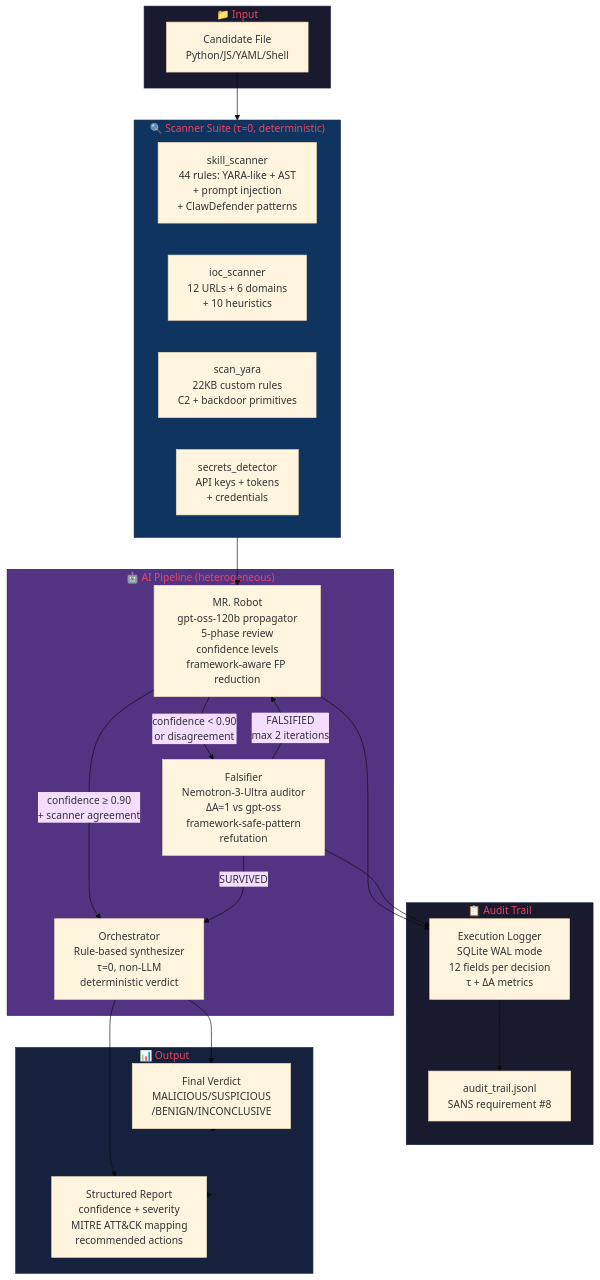
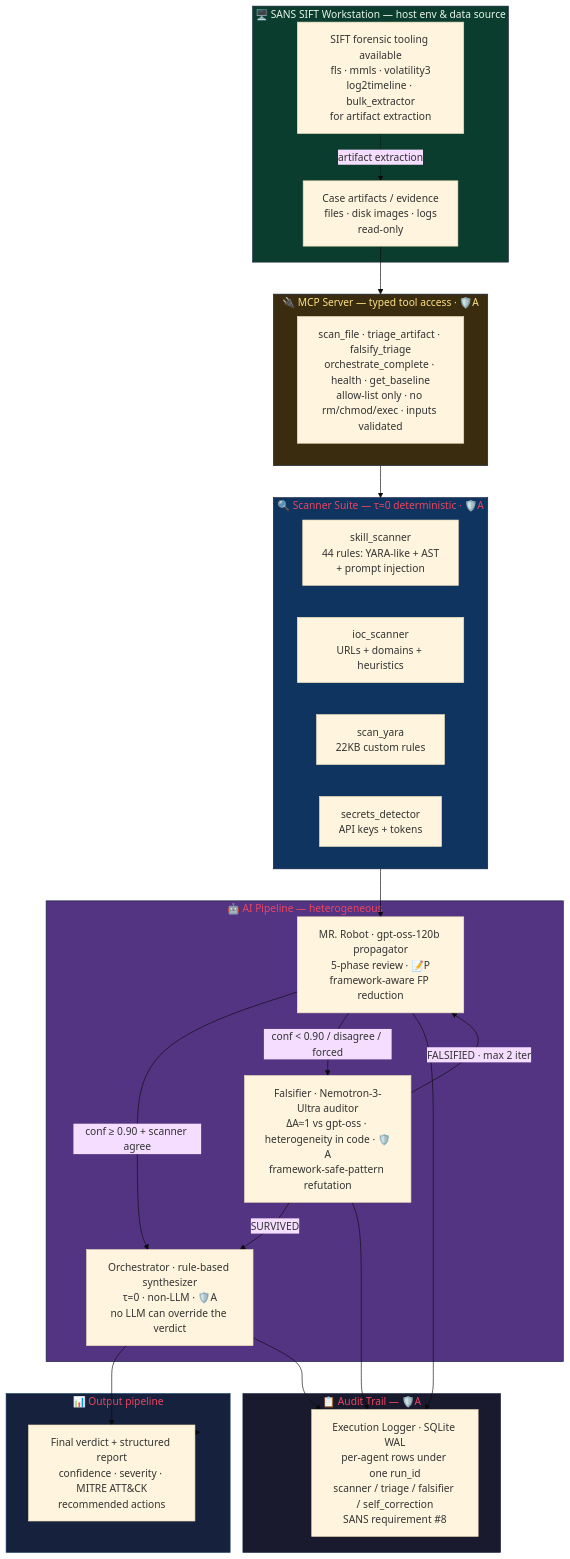
Before and after one commit to Grizaceo/mr-robot-adversarial: the diagram in docs/architecture.md, drawn with Mermaid (base theme). The commit also changed other lines of this file and 1 other file, not shown here.

Commit message:
docs(req3): complete architecture diagram per SANS submission requirements
- Add MCP server as a first-class node (typed tool access, allow-list)
- Add SANS SIFT Workstation as host env + data source (case artifacts,
  forensic tooling fls/mmls/volatility3/log2timeline/bulk_extractor)
- Label the architectural pattern in the diagram itself:
  Direct Agent Extension + Custom MCP Server (hybrid)
- Distinguish prompt-based (📝P) vs architectural (🛡️A) guardrails visually
  + an at-a-glance table with file:line and "if the LLM ignores it" column
- Correct guardrail count 9 -> 11 architectural (matches the catalogue)

````diff
--- a/docs/architecture.md
+++ b/docs/architecture.md
@@ -5,49 +15,53 @@
 ```mermaid
 graph TB
-    subgraph Input["📁 Input"]
-        FILE[Candidate File<br/>Python/JS/YAML/Shell]
+    subgraph SIFT["🖥️ SANS SIFT Workstation — host env & data source"]
+        CASE[Case artifacts / evidence<br/>files · disk images · logs<br/>read-only]
+        FTOOLS[SIFT forensic tooling available<br/>fls · mmls · volatility3<br/>log2timeline · bulk_extractor<br/>for artifact extraction]
     end
 
-    subgraph Scanners["🔍 Scanner Suite (τ=0, deterministic)"]
-        SS[skill_scanner<br/>44 rules: YARA-like + AST<br/>+ prompt injection<br/>+ ClawDefender patterns]
-        IS[ioc_scanner<br/>12 URLs + 6 domains<br/>+ 10 heuristics]
-        YR[scan_yara<br/>22KB custom rules<br/>C2 + backdoor primitives]
-        SD[secrets_detector<br/>API keys + tokens<br/>+ credentials]
+    subgraph MCPS["🔌 MCP Server — typed tool access · 🛡️A"]
+        MCPT[scan_file · triage_artifact · falsify_triage<br/>orchestrate_complete · health · get_baseline<br/>allow-list only · no rm/chmod/exec · inputs validated]
     end
 
-    subgraph AI["🤖 AI Pipeline (heterogeneous)"]
-        MR[MR. Robot<br/>gpt-oss-120b propagator<br/>5-phase review<br/>confidence levels<br/>framework-aware FP reduction]
-        FALS[Falsifier<br/>Nemotron-3-Ultra auditor<br/>ΔA≈1 vs gpt-oss<br/>framework-safe-pattern<br/>refutation]
-        SYN[Orchestrator<br/>Rule-based synthesizer<br/>τ=0, non-LLM<br/>deterministic verdict]
+    subgraph Scanners["🔍 Scanner Suite — τ=0 deterministic · 🛡️A"]
+        SS[skill_scanner<br/>44 rules: YARA-like + AST<br/>+ prompt injection]
+        IS[ioc_scanner<br/>URLs + domains + heuristics]
+        YR[scan_yara<br/>22KB custom rules]
+        SD[secrets_detector<br/>API keys + tokens]
     end
 
-    subgraph Audit["📋 Audit Trail"]
-        LOG[Execution Logger<br/>SQLite WAL mode<br/>12 fields per decision<br/>τ + ΔA metrics]
-        JSONL[audit_trail.jsonl<br/>SANS requirement #8]
+    subgraph AI["🤖 AI Pipeline — heterogeneous"]
+        MR[MR. Robot · gpt-oss-120b propagator<br/>5-phase review · 📝P<br/>framework-aware FP reduction]
+        FALS[Falsifier · Nemotron-3-Ultra auditor<br/>ΔA≈1 vs gpt-oss · heterogeneity in code · 🛡️A<br/>framework-safe-pattern refutation]
+        SYN[Orchestrator · rule-based synthesizer<br/>τ=0 · non-LLM · 🛡️A<br/>no LLM can override the verdict]
     end
 
-    subgraph Output["📊 Output"]
-        VERDICT[Final Verdict<br/>MALICIOUS/SUSPICIOUS<br/>/BENIGN/INCONCLUSIVE]
-        REPORT[Structured Report<br/>confidence + severity<br/>MITRE ATT&CK mapping<br/>recommended actions]
+    subgraph Audit["📋 Audit Trail — 🛡️A"]
+        LOG[Execution Logger · SQLite WAL<br/>per-agent rows under one run_id<br/>scanner / triage / falsifier / self_correction<br/>SANS requirement #8]
     end
 
-    FILE --> Scanners
+    subgraph Output["📊 Output pipeline"]
+        VERDICT[Final verdict + structured report<br/>confidence · severity · MITRE ATT&CK<br/>recommended actions]
+    end
+
+    CASE --> MCPS
+    FTOOLS -. artifact extraction .-> CASE
+    MCPS --> Scanners
     Scanners --> MR
-    MR -->|confidence ≥ 0.90<br/>+ scanner agreement| SYN
-    MR -->|confidence < 0.90<br/>or disagreement| FALS
+    MR -->|conf ≥ 0.90 + scanner agree| SYN
+    MR -->|conf < 0.90 / disagree / forced| FALS
     FALS -->|SURVIVED| SYN
-    FALS -->|FALSIFIED<br/>max 2 iterations| MR
+    FALS -->|FALSIFIED · max 2 iter| MR
     SYN --> VERDICT
-    SYN --> REPORT
     MR --> LOG
     FALS --> LOG
-    LOG --> JSONL
+    SYN --> LOG
     VERDICT --> Output
-    REPORT --> Output
 
-    style Input fill:#1a1a2e,stroke:#16213e,color:#e94560
+    style SIFT fill:#0b3d2e,stroke:#16213e,color:#e8f5e9
+    style MCPS fill:#3a2d0f,stroke:#16213e,color:#ffe082
     style Scanners fill:#0f3460,stroke:#16213e,color:#e94560
     style AI fill:#533483,stroke:#16213e,color:#e94560
     style Audit fill:#1a1a2e,stroke:#16213e,color:#e94560
     style Output fill:#16213e,stroke:#0f3460,color:#e94560
 ```
````
